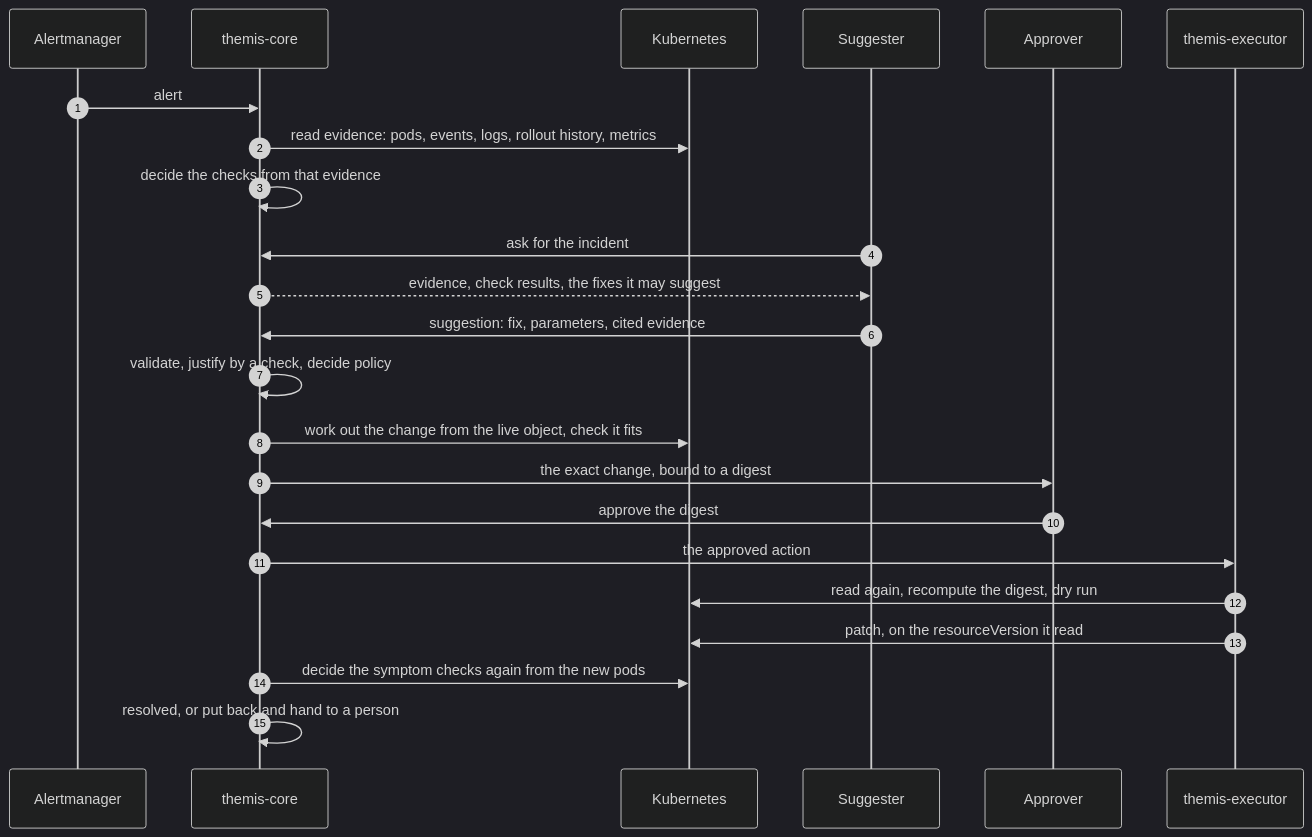
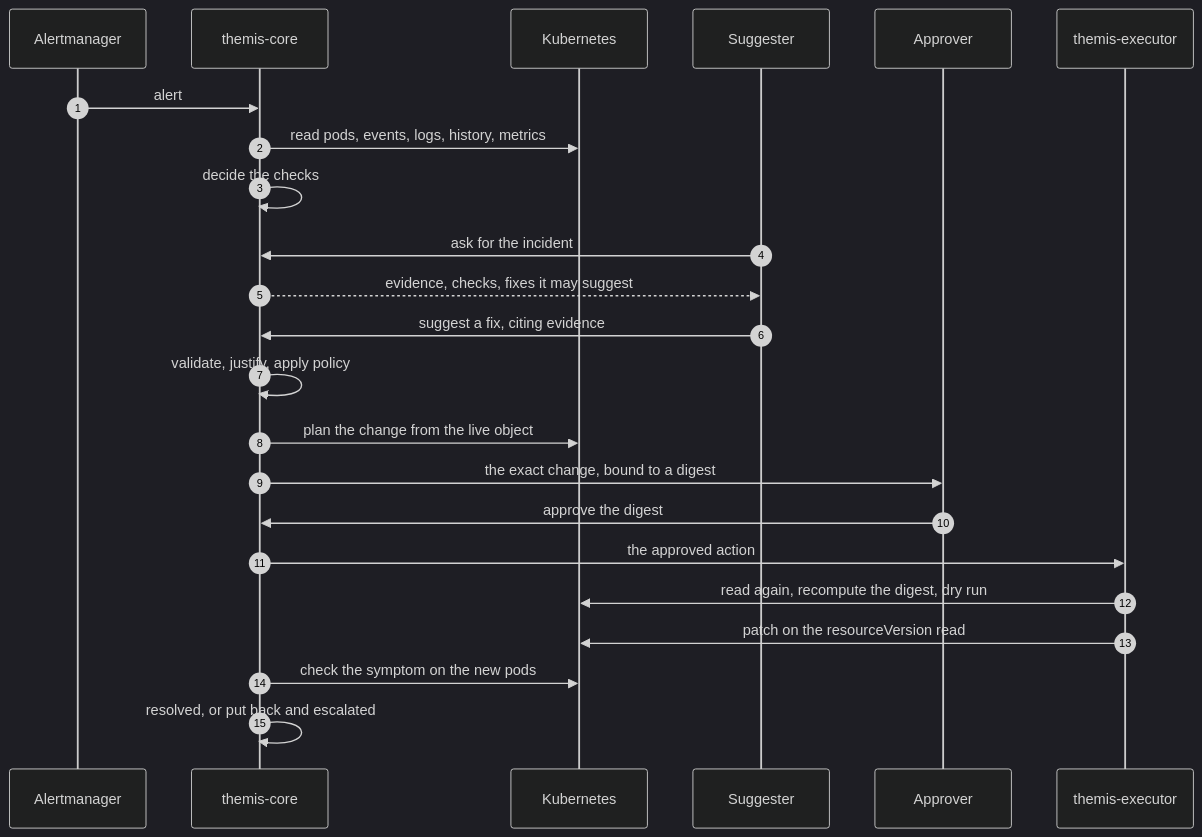
One commit to hzerrad/themis changed the second of 6 diagrams in docs/architecture.md. Above: the diagram before and after it, drawn with Mermaid (dark theme). The commit also changed other lines of this file, not shown here.

Commit message:
Draw the architecture diagrams top to bottom so their text stays readable

````diff
--- a/docs/architecture.md
+++ b/docs/architecture.md
@@ -44,25 +48,25 @@
 ```mermaid
 sequenceDiagram
   autonumber
   participant AM as Alertmanager
   participant C as themis-core
   participant K as Kubernetes
   participant S as Suggester
   participant P as Approver
   participant E as themis-executor
   AM->>C: alert
-  C->>K: read evidence: pods, events, logs, rollout history, metrics
-  C->>C: decide the checks from that evidence
+  C->>K: read pods, events, logs, history, metrics
+  C->>C: decide the checks
   S->>C: ask for the incident
-  C-->>S: evidence, check results, the fixes it may suggest
-  S->>C: suggestion: fix, parameters, cited evidence
-  C->>C: validate, justify by a check, decide policy
-  C->>K: work out the change from the live object, check it fits
+  C-->>S: evidence, checks, fixes it may suggest
+  S->>C: suggest a fix, citing evidence
+  C->>C: validate, justify, apply policy
+  C->>K: plan the change from the live object
   C->>P: the exact change, bound to a digest
   P->>C: approve the digest
   C->>E: the approved action
   E->>K: read again, recompute the digest, dry run
-  E->>K: patch, on the resourceVersion it read
-  C->>K: decide the symptom checks again from the new pods
-  C->>C: resolved, or put back and hand to a person
+  E->>K: patch on the resourceVersion read
+  C->>K: check the symptom on the new pods
+  C->>C: resolved, or put back and escalated
 ```
````
